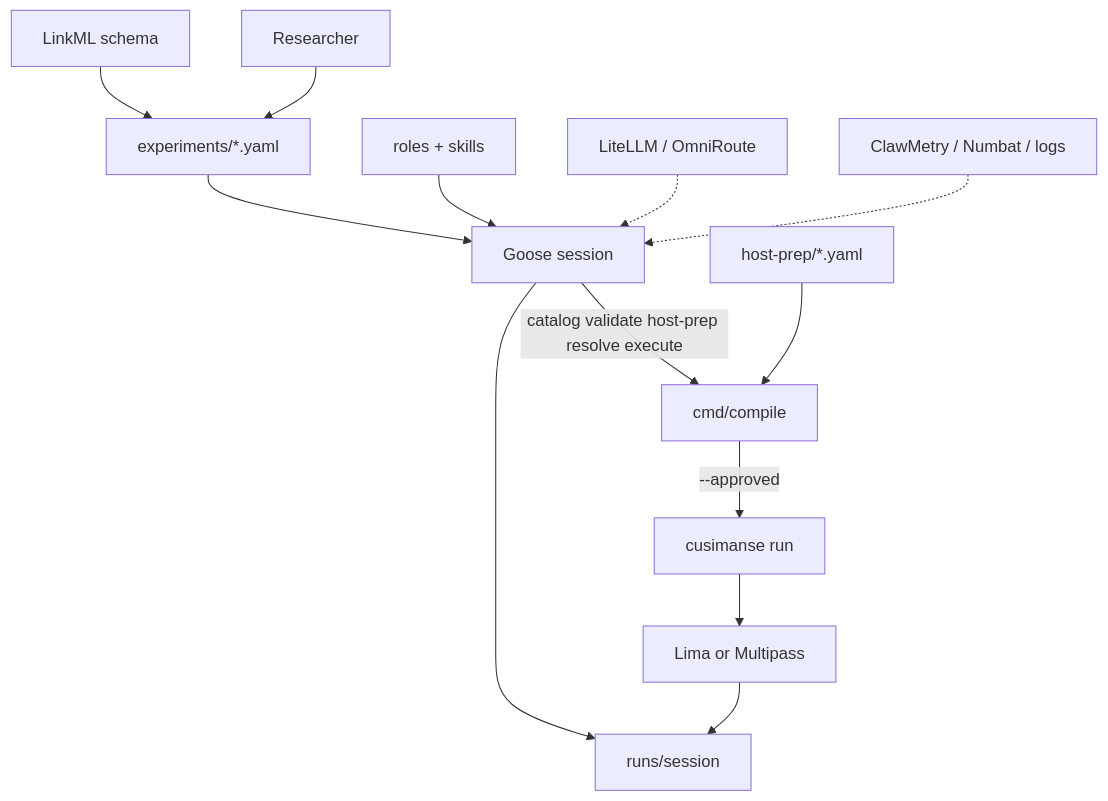
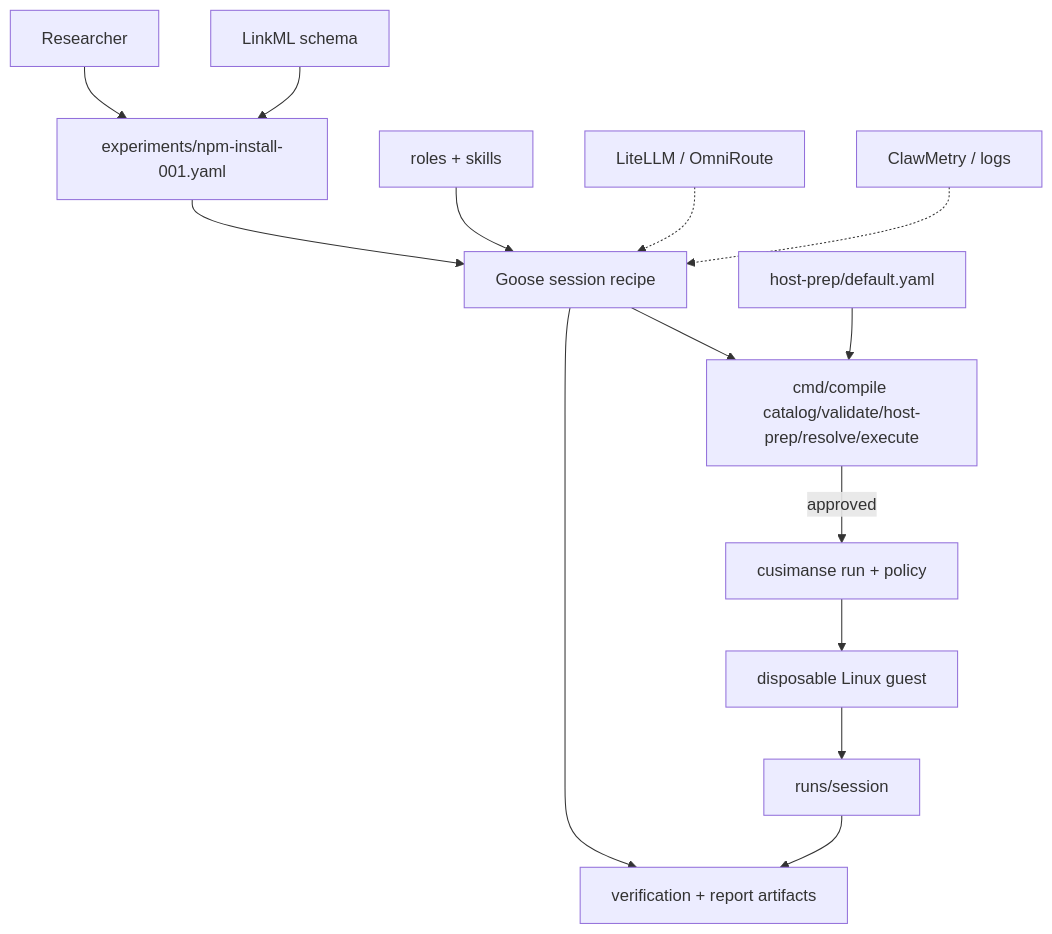
The diagram in README.md (Opposum0112/Cusimanse), drawn with Mermaid before and after one commit. The commit also changed other lines of this file and 2 other files, not shown here.

Commit message:
refactor: compiler-backed validation, detailed researcher workflow, CI executable fix

````diff
--- a/README.md
+++ b/README.md
@@ -37,15 +39,16 @@
 ```mermaid
 flowchart TB
-  R[Researcher] --> Y[experiments/*.yaml]
-  S[LinkML schema] --> Y
-  Y --> G[Goose session]
-  SK[roles + skills] --> G
-  G -->|catalog validate host-prep resolve execute| C[cmd/compile]
-  HP[host-prep/*.yaml] --> C
-  C -->|--approved| E[cusimanse run]
-  E --> VM[Lima or Multipass]
-  VM --> RUNS[runs/session]
-  G --> RUNS
-  GW[LiteLLM / OmniRoute] -.-> G
-  OBS[ClawMetry / Numbat / logs] -.-> G
+  researcher[Researcher] --> yaml[experiments/npm-install-001.yaml]
+  schema[LinkML schema] --> yaml
+  yaml --> goose[Goose session recipe]
+  roles[roles + skills] --> goose
+  goose --> compile[cmd/compile catalog/validate/host-prep/resolve/execute]
+  hostprep[host-prep/default.yaml] --> compile
+  compile -->|approved| engine[cusimanse run + policy]
+  engine --> vm[disposable Linux guest]
+  vm --> runs[runs/session]
+  goose --> report[verification + report artifacts]
+  runs --> report
+  gw[LiteLLM / OmniRoute] -.-> goose
+  obs[ClawMetry / logs] -.-> goose
 ```
````
